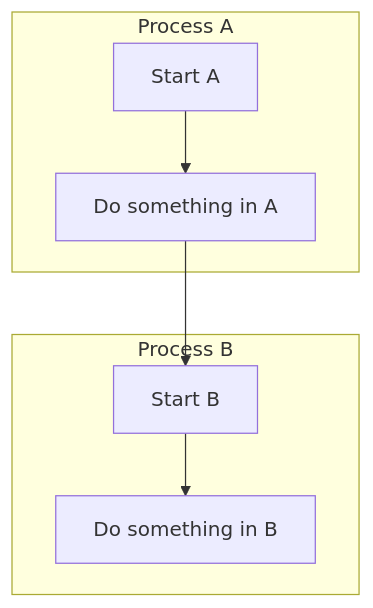
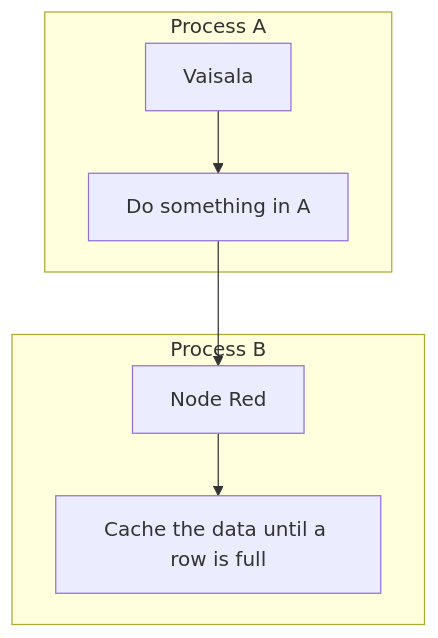
One commit to jonss0777/DIY_Sensor changed the diagram in README.md. Above: the diagram before and after it, drawn with Mermaid.

````diff
--- a/README.md
+++ b/README.md
@@ -5,13 +5,16 @@
 ```mermaid
   flowchart TD
     subgraph Process A
-        A1[Start A] --> A2[Do something in A]
+        A1[Vaisala] --> A2[Do something in A]
     end
 
     subgraph Process B
-        B1[Start B] --> B2[Do something in B]
+        B1[Node Red] --> B2[Cache the data until a row is full]
+        
     end
+
+
 
     A2 --> B1
 
 ```
````
